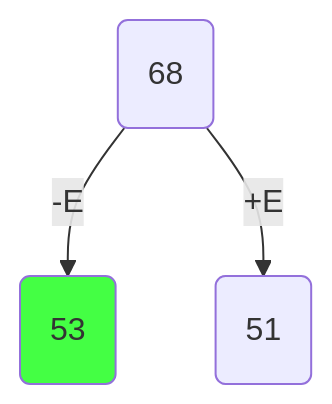
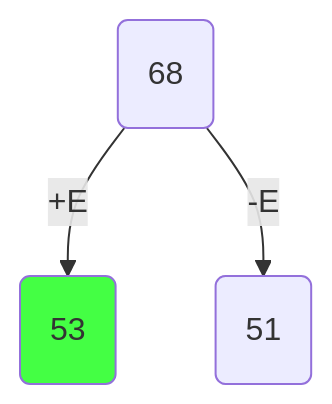
One commit to hse-algo-psapr-25/manual-tasks changed the first of 8 diagrams in Задание 18/README.md. Above: the diagram before and after it, drawn with Mermaid.

````diff
--- a/Задание 18/README.md
+++ b/Задание 18/README.md
@@ -82,10 +82,10 @@
 ``` mermaid
 flowchart TD
 A(68)
 B(53)
 C(51)
-A -- -E--> B
-A --+E--> C
+A -- +E--> B
+A -- -E--> C
 
 style B fill:#4f4f
 ```
````
